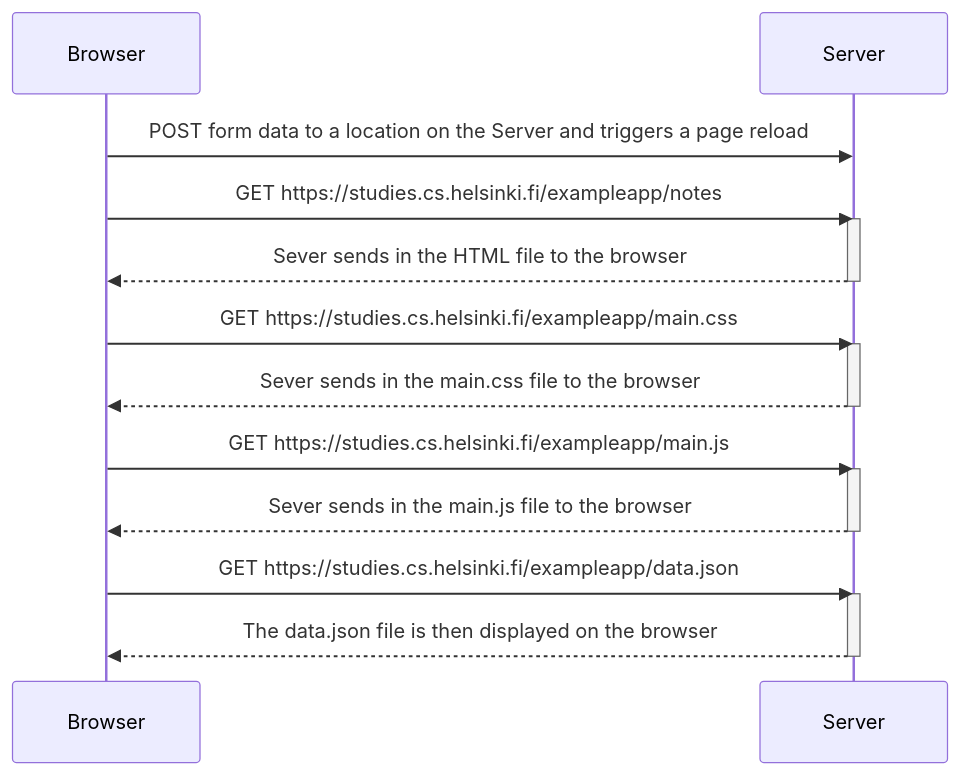
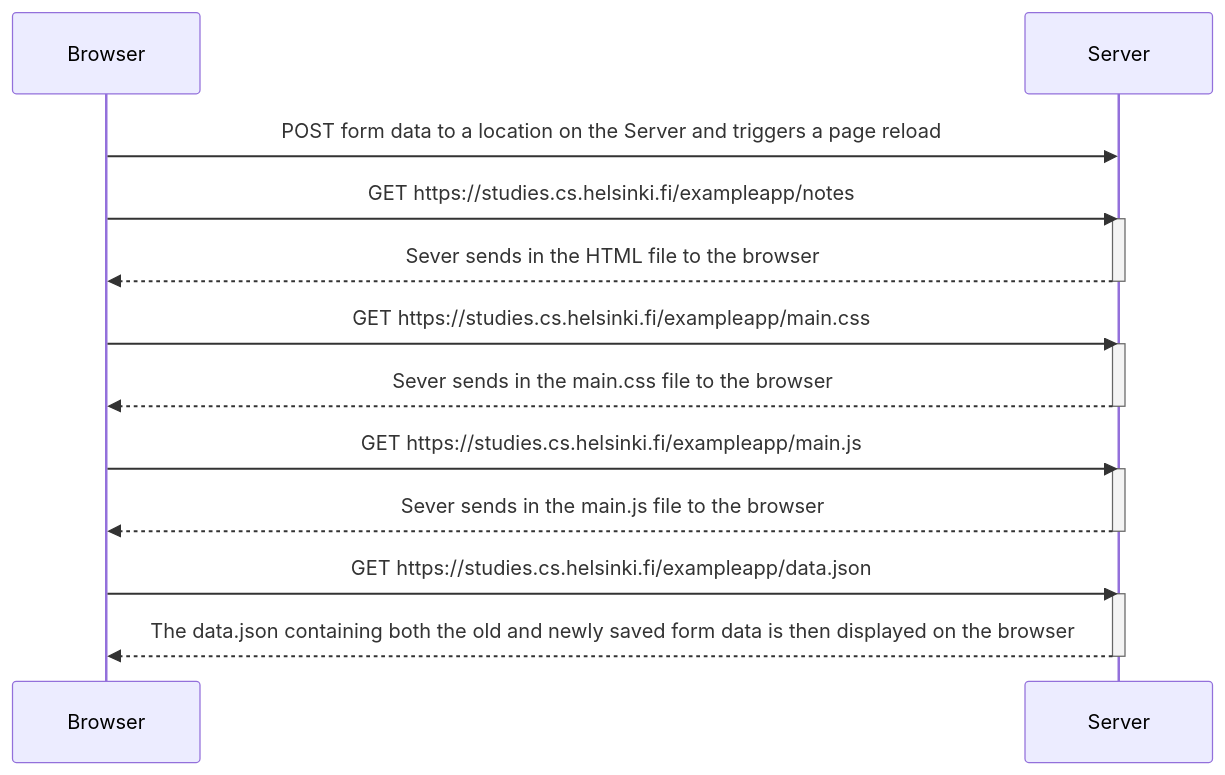
The diagram in Part0/0.4 - New note diagram.md (Abiodun-Sabitu/fsopen23), drawn with Mermaid before and after one commit.

````diff
--- a/Part0/0.4 - New note diagram.md
+++ b/Part0/0.4 - New note diagram.md
@@ -1,23 +1,23 @@
 ```mermaid
 sequenceDiagram
 participant A as Browser
 participant S as Server
 
 A ->> S: POST form data to a location on the Server and triggers a page reload
 A ->> S: GET https://studies.cs.helsinki.fi/exampleapp/notes
 activate S
 S -->> A: Sever sends in the HTML file to the browser
 deactivate S
 A ->> S: GET https://studies.cs.helsinki.fi/exampleapp/main.css
 activate S
 S -->> A: Sever sends in the main.css file to the browser
 deactivate S
 A ->> S: GET https://studies.cs.helsinki.fi/exampleapp/main.js
 activate S
 S -->> A: Sever sends in the main.js file to the browser
 deactivate S
 A ->> S: GET https://studies.cs.helsinki.fi/exampleapp/data.json
 activate S
-S -->> A: The data.json file is then displayed on the browser
+S -->> A: The data.json containing both the old and newly saved form data is then displayed on the browser
 deactivate S
 ```
````
